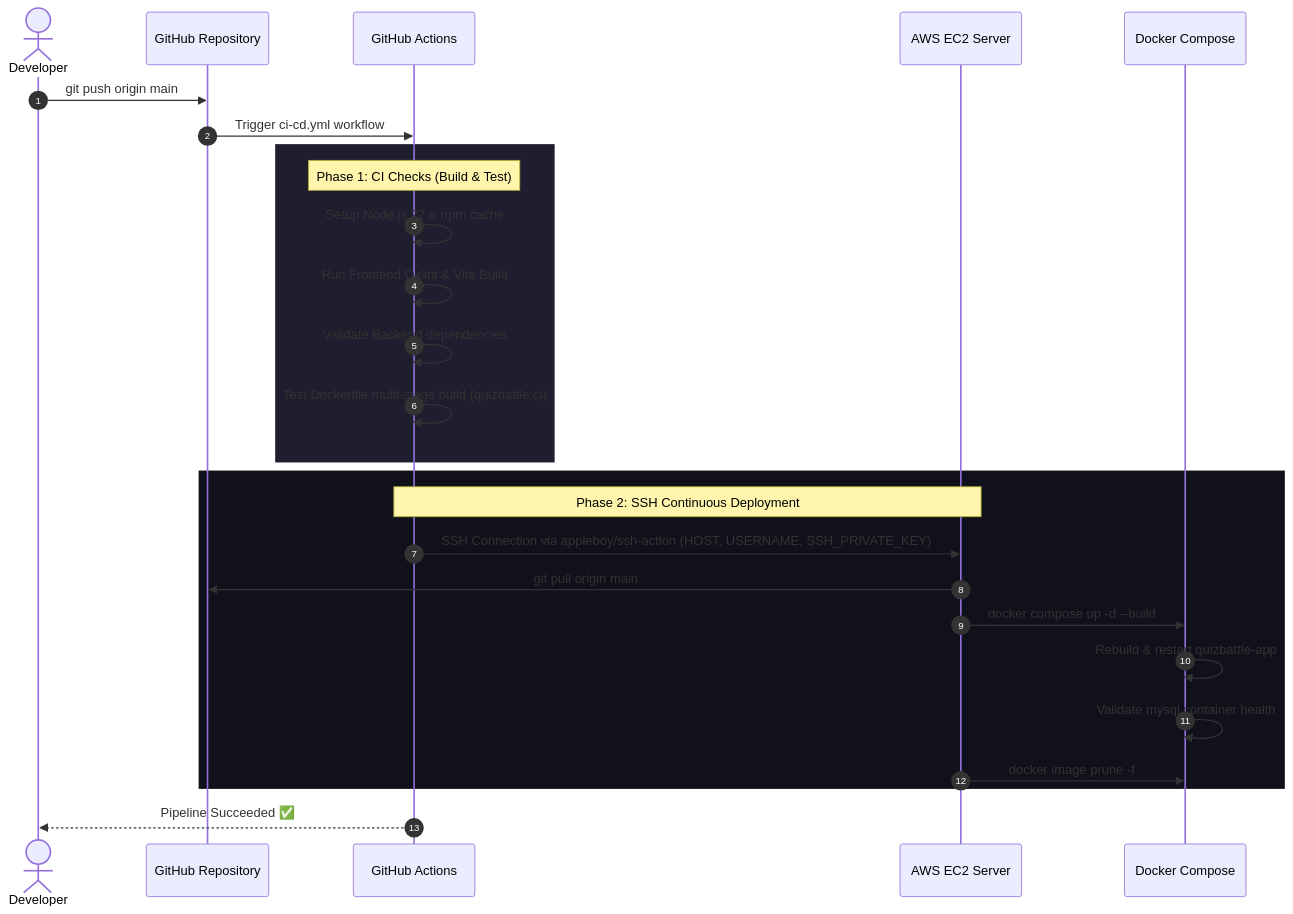
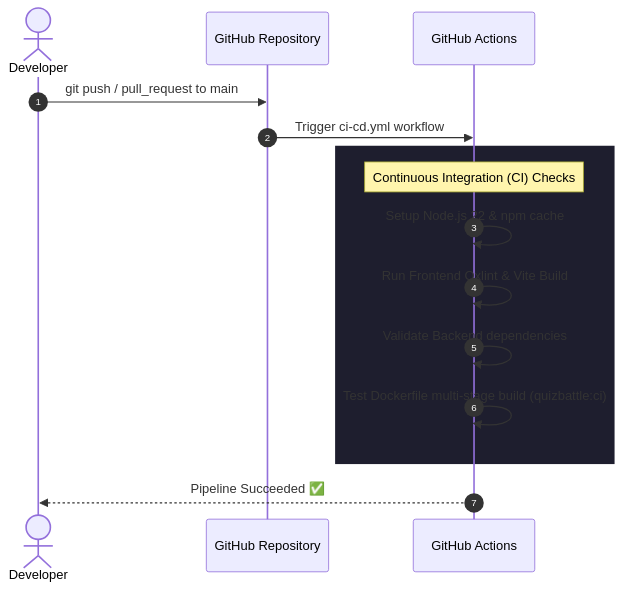
One commit to mahe15/quiz changed the second of 4 diagrams in README.MD. Above: the diagram before and after it, drawn with Mermaid. The commit also changed other lines of this file and 18 other files, not shown here.

````diff
--- a/README.MD
+++ b/README.MD
@@ -59,32 +55,20 @@
 ```mermaid
 sequenceDiagram
     autonumber
     actor Dev as Developer
     participant GH as GitHub Repository
     participant GA as GitHub Actions
-    participant EC2 as AWS EC2 Server
-    participant DC as Docker Compose
 
-    Dev->>GH: git push origin main
+    Dev->>GH: git push / pull_request to main
     GH->>GA: Trigger ci-cd.yml workflow
     
     rect rgb(30, 30, 46)
-        note over GA: Phase 1: CI Checks (Build & Test)
+        note over GA: Continuous Integration (CI) Checks
         GA->>GA: Setup Node.js 22 & npm cache
         GA->>GA: Run Frontend Oxlint & Vite Build
         GA->>GA: Validate Backend dependencies
         GA->>GA: Test Dockerfile multi-stage build (quizbattle:ci)
     end
-
-    rect rgb(17, 17, 27)
-        note over GA, EC2: Phase 2: SSH Continuous Deployment
-        GA->>EC2: SSH Connection via appleboy/ssh-action (HOST, USERNAME, SSH_PRIVATE_KEY)
-        EC2->>GH: git pull origin main
-        EC2->>DC: docker compose up -d --build
-        DC->>DC: Rebuild & restart quizbattle-app
-        DC->>DC: Validate mysql container health
-        EC2->>DC: docker image prune -f
-    end
     
     GA-->>Dev: Pipeline Succeeded ✅
 ```
````
